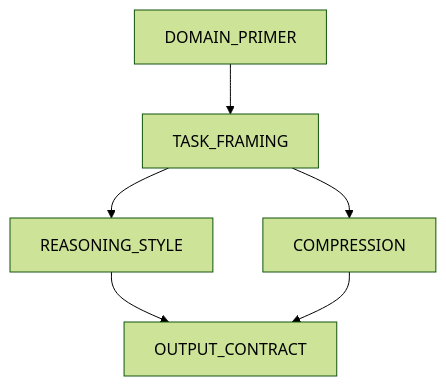
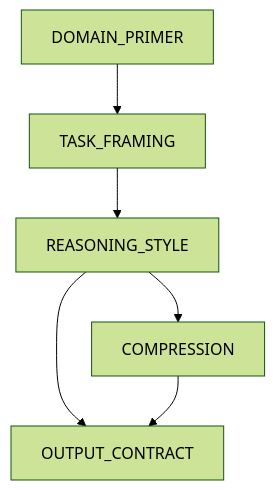
The second of 4 diagrams in README.md (harshad317/PPG), drawn with Mermaid (forest theme) before and after one commit. The commit also changed other lines of this file and 8 other files, not shown here.

````diff
--- a/README.md
+++ b/README.md
@@ -126,8 +126,8 @@
 ```mermaid
 flowchart TD
     DP["DOMAIN_PRIMER"] --> TF["TASK_FRAMING"]
     TF --> RS["REASONING_STYLE"]
-    TF --> C["COMPRESSION"]
     RS --> OC["OUTPUT_CONTRACT"]
+    RS --> C["COMPRESSION"]
     C --> OC
 ```
````
